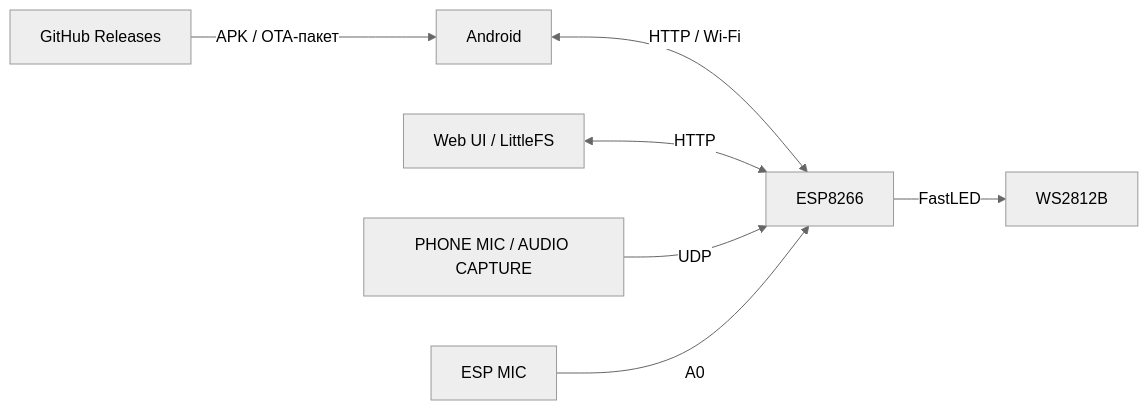
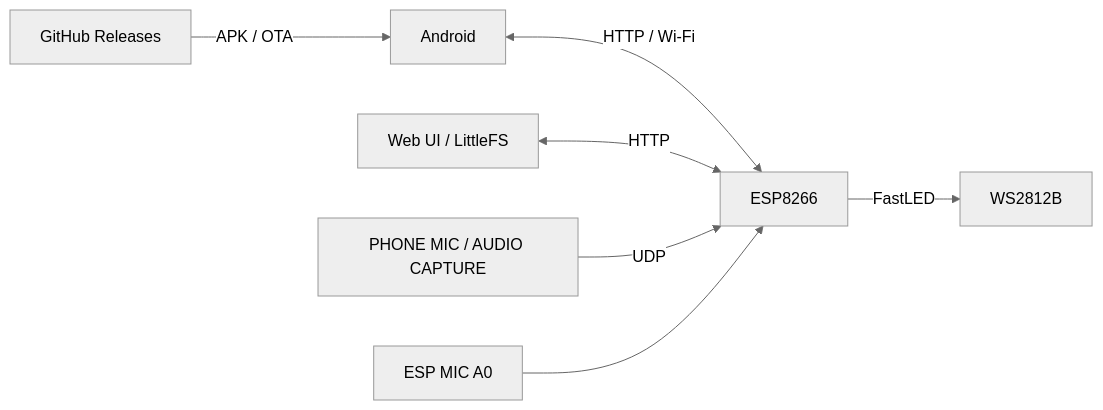
One commit to Gostin0/Led-Lamp changed the diagram in README.md. Above: the diagram before and after it, drawn with Mermaid (neutral theme). The commit also changed other lines of this file, not shown here.

````diff
--- a/README.md
+++ b/README.md
@@ -49,9 +110,9 @@
 ```mermaid
 flowchart LR
     A[Android] <-->|HTTP / Wi-Fi| E[ESP8266]
     W[Web UI / LittleFS] <-->|HTTP| E
     P[PHONE MIC / AUDIO CAPTURE] -->|UDP| E
-    M[ESP MIC] -->|A0| E
+    M[ESP MIC A0] --> E
     E -->|FastLED| L[WS2812B]
-    G[GitHub Releases] -->|APK / OTA-пакет| A
+    G[GitHub Releases] -->|APK / OTA| A
 ```
````
